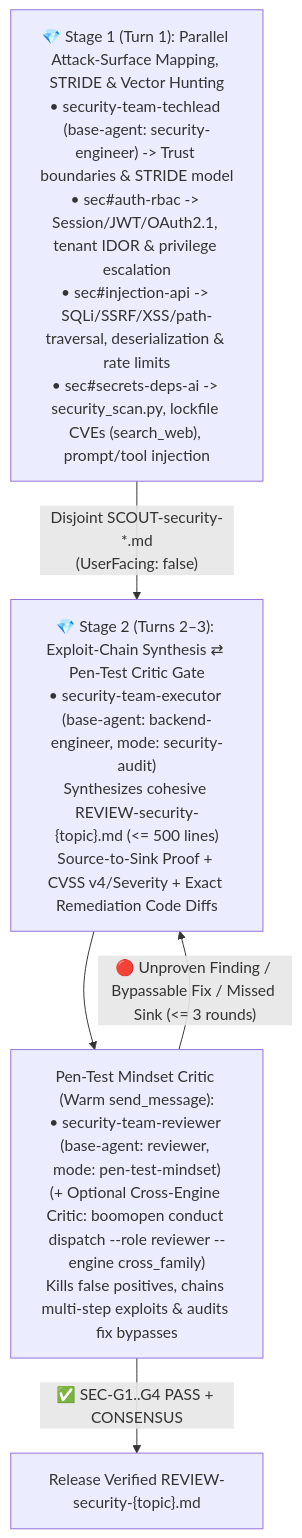
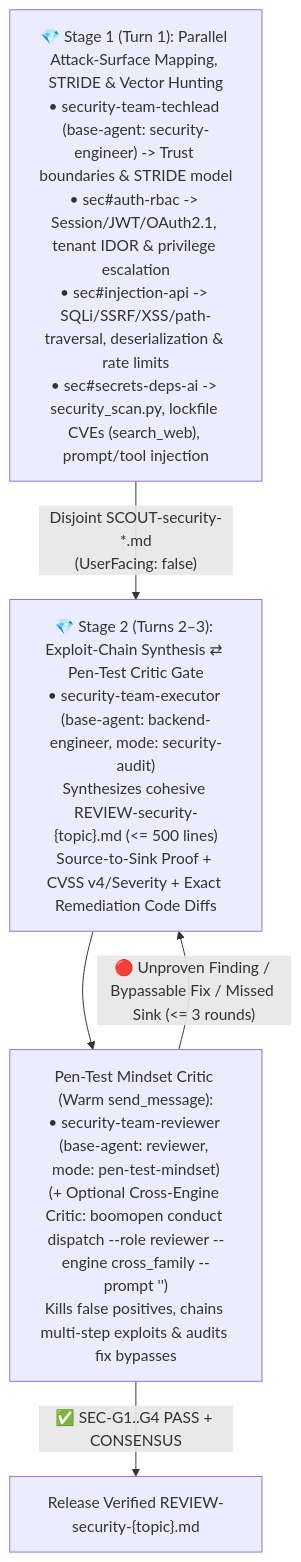
The diagram in agents/teams/security-team/_team.md (Kennyboom/BoomOpen-Workflow-Kit-Pro), drawn with Mermaid before and after one commit. The commit also changed other lines of this file and 302 other files, not shown here.

````diff
--- a/agents/teams/security-team/_team.md
+++ b/agents/teams/security-team/_team.md
@@ -39,8 +40,8 @@
 ```mermaid
 flowchart TD
     S1["💎 Stage 1 (Turn 1): Parallel Attack-Surface Mapping, STRIDE & Vector Hunting<br/>• security-team-techlead (base-agent: security-engineer) -> Trust boundaries & STRIDE model<br/>• sec#auth-rbac -> Session/JWT/OAuth2.1, tenant IDOR & privilege escalation<br/>• sec#injection-api -> SQLi/SSRF/XSS/path-traversal, deserialization & rate limits<br/>• sec#secrets-deps-ai -> security_scan.py, lockfile CVEs (search_web), prompt/tool injection"]
     S1 -->|"Disjoint SCOUT-security-*.md<br/>(UserFacing: false)"| S2["💎 Stage 2 (Turns 2–3): Exploit-Chain Synthesis ⇄ Pen-Test Critic Gate<br/>• security-team-executor (base-agent: backend-engineer, mode: security-audit)<br/>Synthesizes cohesive REVIEW-security-{topic}.md (<= 500 lines)<br/>Source-to-Sink Proof + CVSS v4/Severity + Exact Remediation Code Diffs"]
-    S2 --> C2["Pen-Test Mindset Critic (Warm send_message):<br/>• security-team-reviewer (base-agent: reviewer, mode: pen-test-mindset)<br/>(+ Optional Cross-Engine Critic: boomopen conduct dispatch --role reviewer --engine cross_family)<br/>Kills false positives, chains multi-step exploits & audits fix bypasses"]
+    S2 --> C2["Pen-Test Mindset Critic (Warm send_message):<br/>• security-team-reviewer (base-agent: reviewer, mode: pen-test-mindset)<br/>(+ Optional Cross-Engine Critic: boomopen conduct dispatch --role reviewer --engine cross_family --prompt '<diff>')<br/>Kills false positives, chains multi-step exploits & audits fix bypasses"]
     C2 -->|"🔴 Unproven Finding / Bypassable Fix / Missed Sink (<= 3 rounds)"| S2
     C2 -->|"✅ SEC-G1..G4 PASS + CONSENSUS"| OUT["Release Verified REVIEW-security-{topic}.md"]
 ```
````
